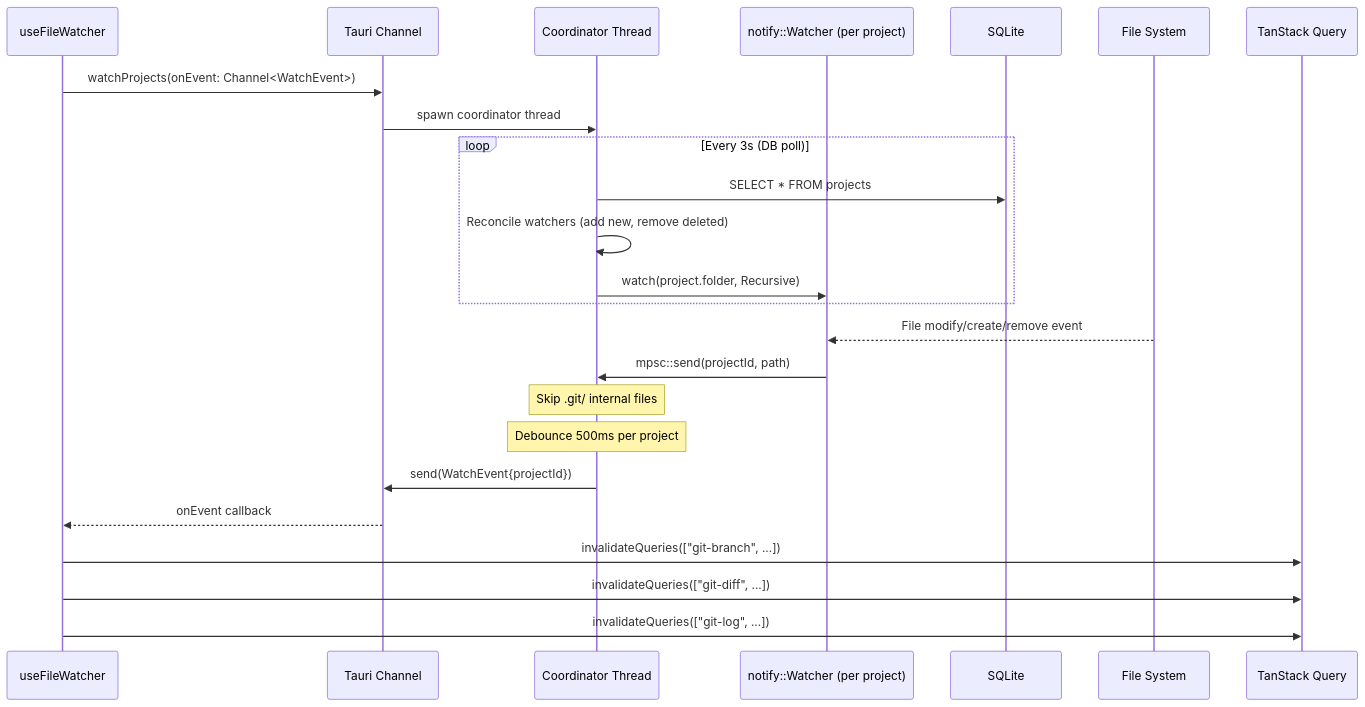
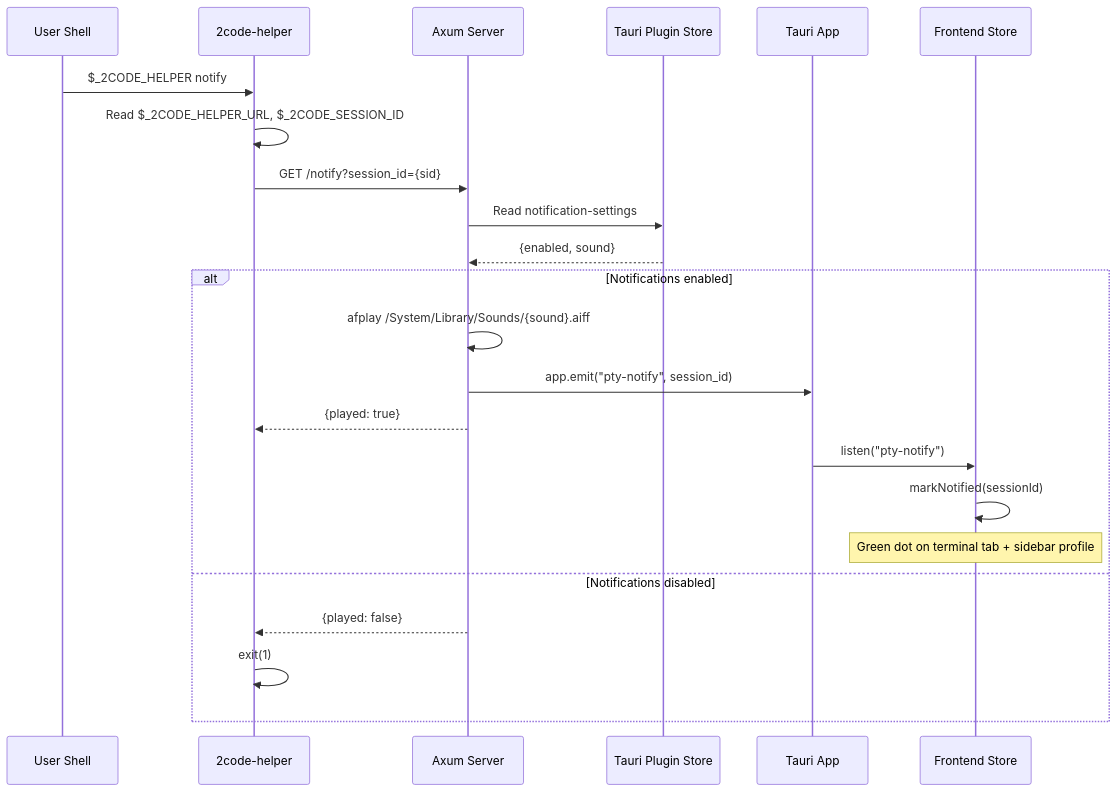
One commit to AkaraChen/2code changed the fourth of 5 diagrams in docs/data-flow.md. Above: the diagram before and after it, drawn with Mermaid. The commit also changed other lines of this file and 5 other files, not shown here.

First line of the commit message:
docs: regenerate architecture docs and update CLAUDE.md

````diff
--- a/docs/data-flow.md
+++ b/docs/data-flow.md
@@ -199,30 +118,27 @@
 ```mermaid
 sequenceDiagram
-    participant Frontend as useFileWatcher
-    participant Channel as Tauri Channel
-    participant Coord as Coordinator Thread
-    participant Notify as notify::Watcher (per project)
-    participant DB as SQLite
-    participant FS as File System
-    participant TQ as TanStack Query
+    participant Shell as User Shell
+    participant CLI as 2code-helper
+    participant HTTP as Axum Server
+    participant Store as Tauri Plugin Store
+    participant App as Tauri App
+    participant FE as Frontend Store
 
-    Frontend->>Channel: watchProjects(onEvent: Channel<WatchEvent>)
-    Channel->>Coord: spawn coordinator thread
+    Shell->>CLI: $_2CODE_HELPER notify
+    CLI->>CLI: Read $_2CODE_HELPER_URL, $_2CODE_SESSION_ID
+    CLI->>HTTP: GET /notify?session_id={sid}
+    HTTP->>Store: Read notification-settings
+    Store-->>HTTP: {enabled, sound}
 
-    loop Every 3s (DB poll)
-        Coord->>DB: SELECT * FROM projects
-        Coord->>Coord: Reconcile watchers (add new, remove deleted)
-        Coord->>Notify: watch(project.folder, Recursive)
+    alt Notifications enabled
+        HTTP->>HTTP: afplay /System/Library/Sounds/{sound}.aiff
+        HTTP->>App: app.emit("pty-notify", session_id)
+        HTTP-->>CLI: {played: true}
+        App->>FE: listen("pty-notify")
+        FE->>FE: markNotified(sessionId)
+        Note over FE: Green dot on terminal tab + sidebar profile
+    else Notifications disabled
+        HTTP-->>CLI: {played: false}
+        CLI->>CLI: exit(1)
     end
-
-    FS-->>Notify: File modify/create/remove event
-    Notify->>Coord: mpsc::send(projectId, path)
-    Note over Coord: Skip .git/ internal files
-    Note over Coord: Debounce 500ms per project
-
-    Coord->>Channel: send(WatchEvent{projectId})
-    Channel-->>Frontend: onEvent callback
-    Frontend->>TQ: invalidateQueries(["git-branch", ...])
-    Frontend->>TQ: invalidateQueries(["git-diff", ...])
-    Frontend->>TQ: invalidateQueries(["git-log", ...])
 ```
````
